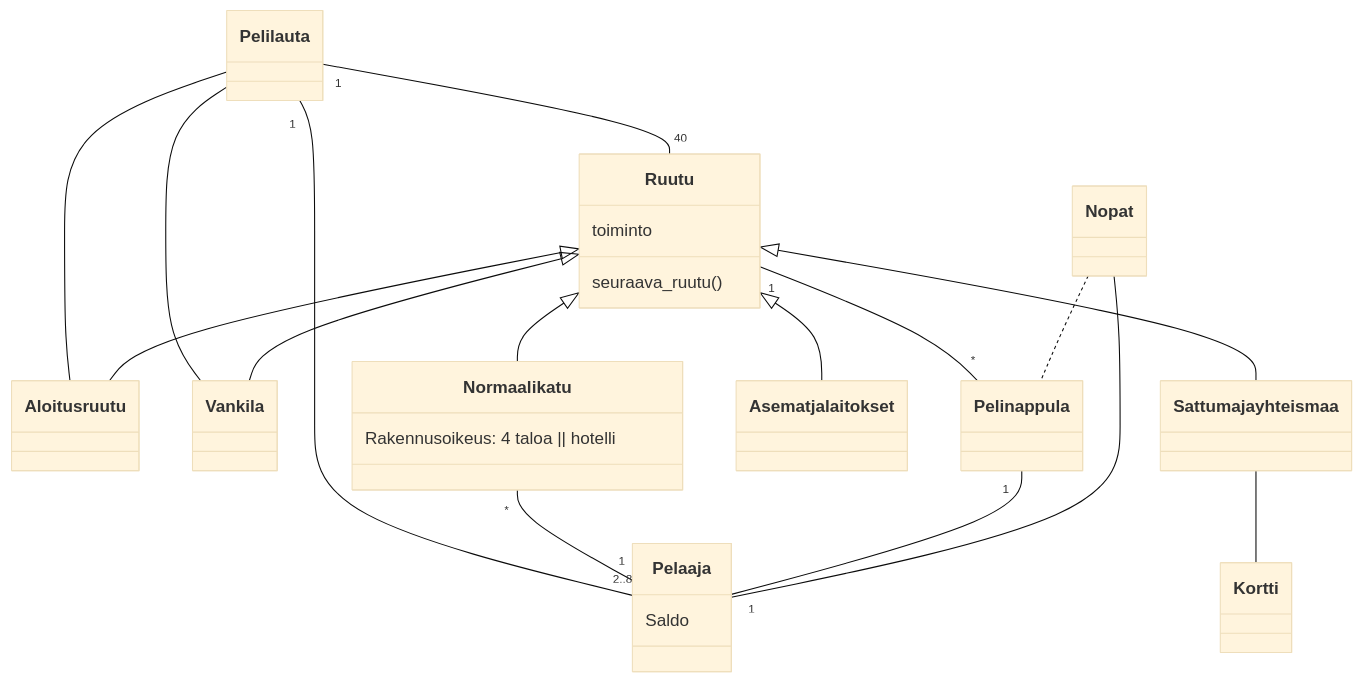
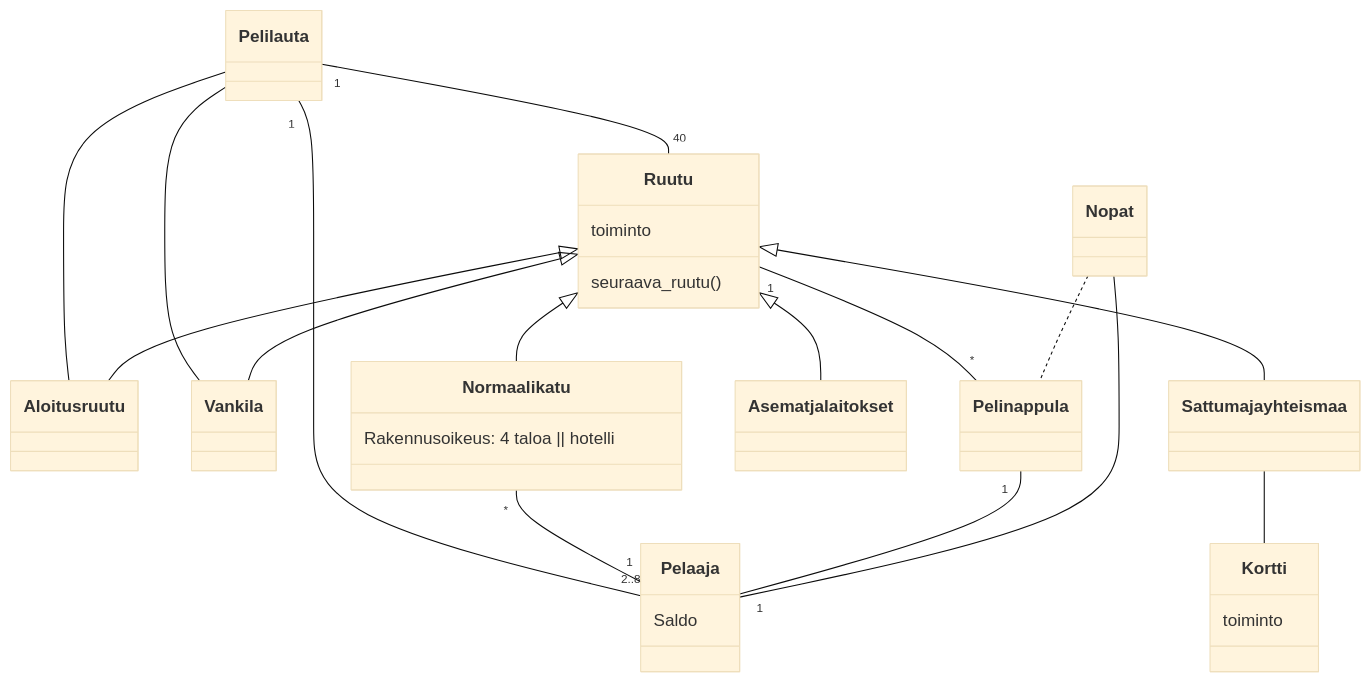
Before and after one commit to henriimmonen/ot-harjoitustyo: the diagram in laskarit/viikko3/monopoli.md, drawn with Mermaid (base theme).

Commit message:
lisäys laajennukseen

````diff
--- a/laskarit/viikko3/monopoli.md
+++ b/laskarit/viikko3/monopoli.md
@@ -1,28 +1,31 @@
 ```mermaid
 classDiagram
 	Pelilauta "1" -- "40" Ruutu
 	Pelilauta "1" -- "2..8" Pelaaja
 	Pelilauta -- Aloitusruutu
 	Pelilauta -- Vankila
 	Ruutu "1" -- "*" Pelinappula
 	Ruutu <|-- Aloitusruutu
 	Ruutu <|-- Vankila
 	Ruutu <|-- Sattuma ja yhteismaa
 	Ruutu <|-- Asemat ja laitokset
 	Ruutu <|-- Normaali katu
 	Sattuma ja yhteismaa -- Kortti
 	Normaali katu "*" -- "1" Pelaaja
 	Pelinappula "1" -- "1" Pelaaja
 	Nopat -- Pelaaja
 	Nopat .. Pelinappula
 	class Ruutu {
 	    seuraava_ruutu()
 	    toiminto
 	}
 	class Normaali katu {
 	    Rakennusoikeus: 4 taloa || hotelli
 	}
 	class Pelaaja {
 	    Saldo
 	}
+	class Kortti {
+	    toiminto
+	}
 ```
````
